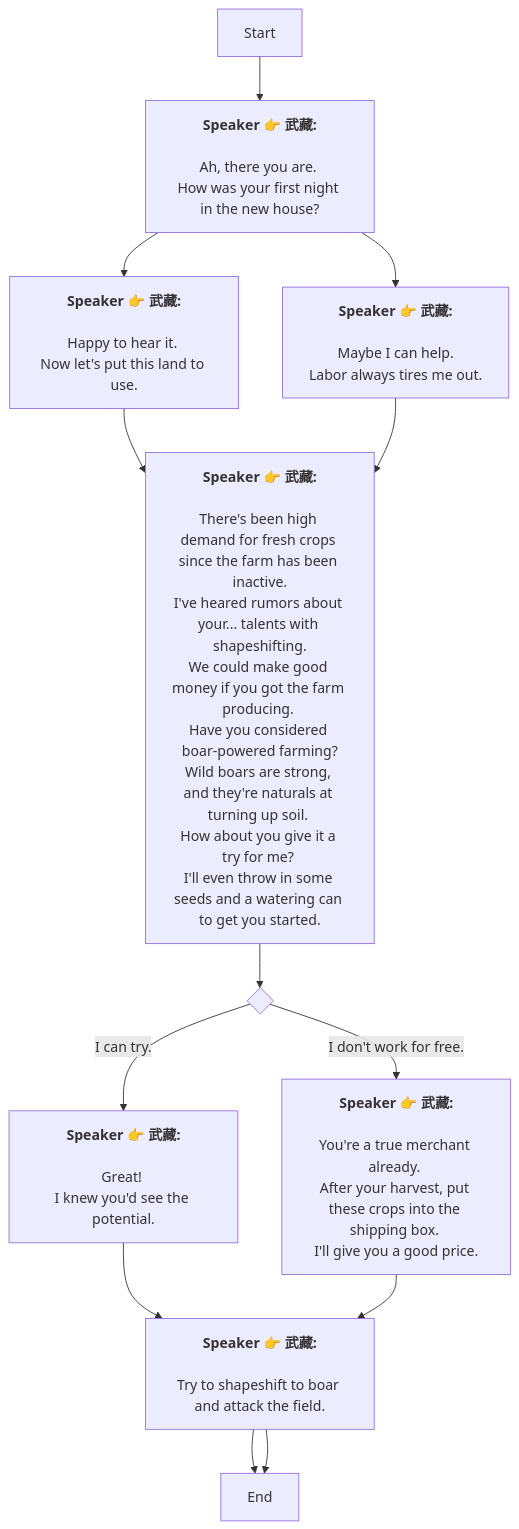
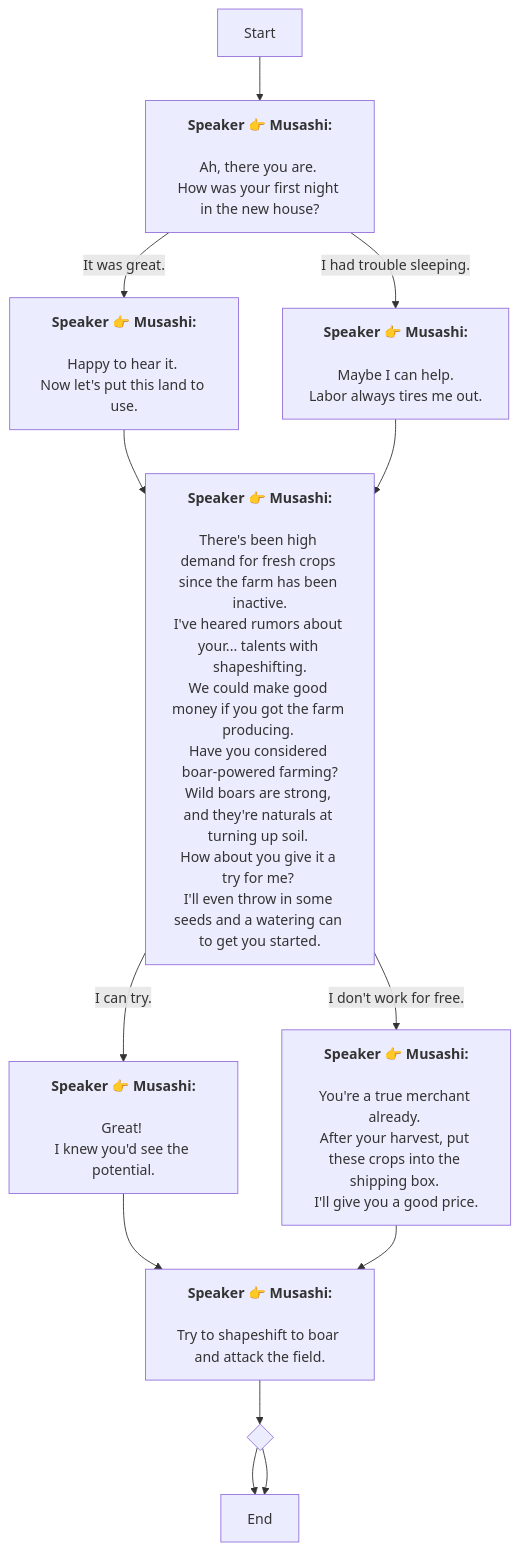
Before and after one commit to SoftHu/tos_avg: the diagram in Zh/Dialog_55277534657636.md, drawn with Mermaid. The commit also changed 737 other files, not shown here.

````diff
--- a/Zh/Dialog_55277534657636.md
+++ b/Zh/Dialog_55277534657636.md
@@ -1,56 +1,41 @@
 ```mermaid
 graph
-Start -->1768881203408877[<b>Speaker 👉 武藏:</b>
-
-Ah, there you are. 
+Start -->1768881203408877[<b>Speaker 👉 Musashi:</b>
+\nAh, there you are. 
 How was your first night in the new house?]
-1768881203408877 -->1768881350927347[<b>Speaker 👉 武藏:</b>
-
-Happy to hear it. 
+1768881203408877 -->|It was great.|1768881350927347[<b>Speaker 👉 Musashi:</b>
+\nHappy to hear it. 
 Now let's put this land to use.]
-1768881203408877 -->1768881355970548[<b>Speaker 👉 武藏:</b>
-
-Maybe I can help. 
+1768881203408877 -->|I had trouble sleeping. |1768881355970548[<b>Speaker 👉 Musashi:</b>
+\nMaybe I can help. 
 Labor always tires me out.]
-1768881350927347 -->1768881410613237[<b>Speaker 👉 武藏:</b>
-
-There's been high demand for fresh crops 
-since the farm has been inactive.
-I've heared rumors about your... talents with shapeshifting.
+1768881350927347 -->1768881410613237[<b>Speaker 👉 Musashi:</b>
+\nThere's been high demand for fresh crops 
+since the farm has been inactive.\nI've heared rumors about your... talents with shapeshifting.
 We could make good money if you got the farm producing. 
-Have you considered boar-powered farming?
-Wild boars are strong, 
-and they're naturals at turning up soil. 
-How about you give it a try for me? 
+Have you considered boar-powered farming?\nWild boars are strong, 
+and they're naturals at turning up soil. \nHow about you give it a try for me? 
 I'll even throw in some seeds and a watering can to get you started.]
-1768881410613237 -->1768881484257274{ }
-1768881484257274 -->|I can try.|1768881530854395[<b>Speaker 👉 武藏:</b>
-
-Great! 
+1768881410613237 -->|I can try.|1768881530854395[<b>Speaker 👉 Musashi:</b>
+\nGreat! 
 I knew you'd see the potential.]
-1768881484257274 -->|I don't work for free.|1768881534680060[<b>Speaker 👉 武藏:</b>
-
-You're a true merchant already. 
+1768881410613237 -->|I don't work for free.|1768881534680060[<b>Speaker 👉 Musashi:</b>
+\nYou're a true merchant already. 
 After your harvest, put these crops into the shipping box. 
 I'll give you a good price.]
-1768881530854395 -->1768881575982077[<b>Speaker 👉 武藏:</b>
-
-Try to shapeshift to boar and attack the field.]
-1768881575982077 -->1768881632876543[End]
-1768881575982077 -->1768881632876543[End]
-1768881534680060 -->1768881575982077[<b>Speaker 👉 武藏:</b>
-
-Try to shapeshift to boar and attack the field.]
-1768881355970548 -->1768881410613237[<b>Speaker 👉 武藏:</b>
-
-There's been high demand for fresh crops 
-since the farm has been inactive.
-I've heared rumors about your... talents with shapeshifting.
+1768881530854395 -->1768881575982077[<b>Speaker 👉 Musashi:</b>
+\nTry to shapeshift to boar and attack the field.]
+1768881575982077 -->1768881589887998{ }
+1768881589887998 -->1768881632876543[End]
+1768881589887998 -->1768881632876543[End]
+1768881534680060 -->1768881575982077[<b>Speaker 👉 Musashi:</b>
+\nTry to shapeshift to boar and attack the field.]
+1768881355970548 -->1768881410613237[<b>Speaker 👉 Musashi:</b>
+\nThere's been high demand for fresh crops 
+since the farm has been inactive.\nI've heared rumors about your... talents with shapeshifting.
 We could make good money if you got the farm producing. 
-Have you considered boar-powered farming?
-Wild boars are strong, 
-and they're naturals at turning up soil. 
-How about you give it a try for me? 
+Have you considered boar-powered farming?\nWild boars are strong, 
+and they're naturals at turning up soil. \nHow about you give it a try for me? 
 I'll even throw in some seeds and a watering can to get you started.]
 
- ```
+```
````
